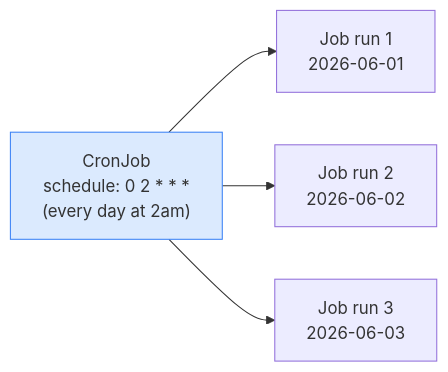
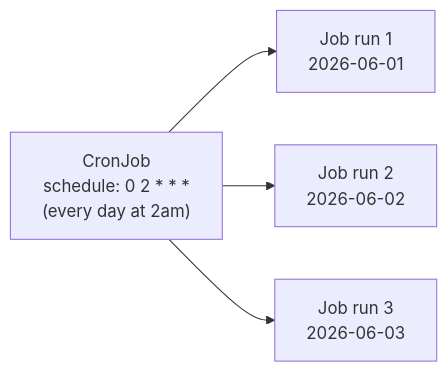
Before and after one commit to Gautam4424/k8slearn-content: the second of 2 diagrams in content/cka/04-application-lifecycle-management/47-jobs-cronjobs/47-jobs-cronjobs.md, drawn with Mermaid. The commit also changed other lines of this file and 40 other files, not shown here.

Commit message:
chore: fix mermaid style regex

````diff
--- a/content/cka/04-application-lifecycle-management/47-jobs-cronjobs/47-jobs-cronjobs.md
+++ b/content/cka/04-application-lifecycle-management/47-jobs-cronjobs/47-jobs-cronjobs.md
@@ -60,9 +59,8 @@
 ```mermaid
 flowchart LR
     CRON["CronJob\nschedule: 0 2 * * *\n(every day at 2am)"]
     J1["Job run 1\n2026-06-01"]
     J2["Job run 2\n2026-06-02"]
     J3["Job run 3\n2026-06-03"]
     CRON --> J1 & J2 & J3
-    style CRON fill:#dbeafe,stroke:#3b82f6
 ```
````
